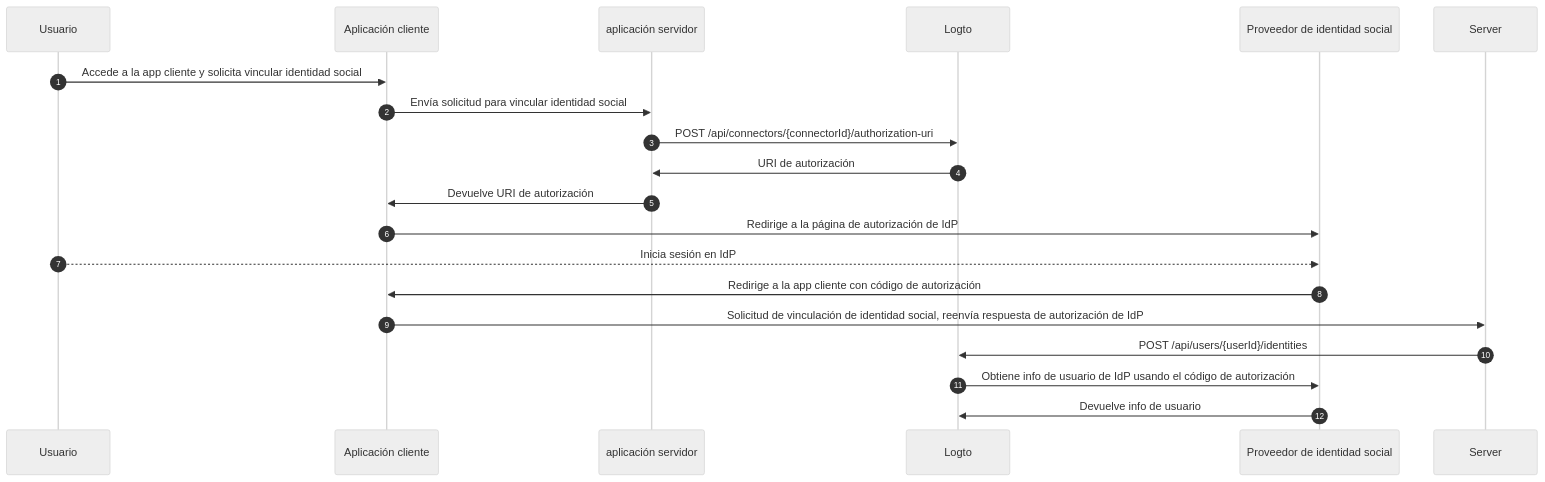
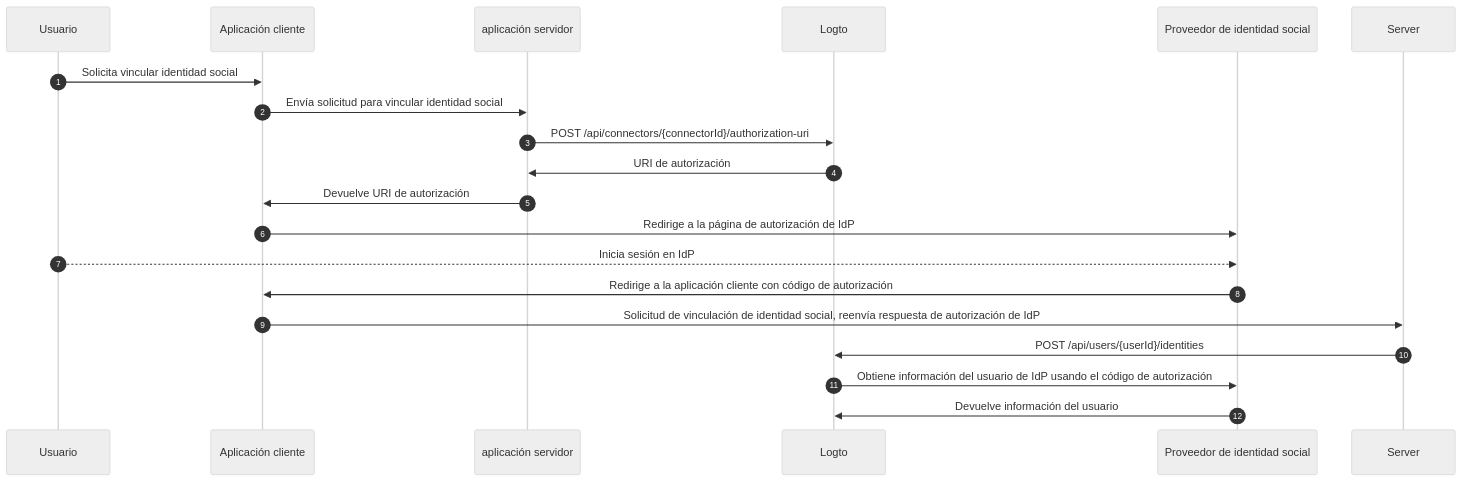
One commit to logto-io/docs changed the third of 3 diagrams in i18n/es/docusaurus-plugin-content-docs/current/end-user-flows/account-settings/by-management-api.mdx. Above: the diagram before and after it, drawn with Mermaid (neutral theme). The commit also changed other lines of this file and 74 other files, not shown here.

````diff
--- a/i18n/es/docusaurus-plugin-content-docs/current/end-user-flows/account-settings/by-management-api.mdx
+++ b/i18n/es/docusaurus-plugin-content-docs/current/end-user-flows/account-settings/by-management-api.mdx
@@ -120,22 +120,22 @@
 ```mermaid
 sequenceDiagram
     autoNumber
     participant User as Usuario
     participant Client as Aplicación cliente
     participant App as aplicación servidor
     participant Logto as Logto
     participant IdP as Proveedor de identidad social
 
-    User ->> Client: Accede a la app cliente y solicita vincular identidad social
+    User ->> Client: Solicita vincular identidad social
     Client ->> App: Envía solicitud para vincular identidad social
     App ->> Logto: POST /api/connectors/{connectorId}/authorization-uri
     Logto ->> App: URI de autorización
     App ->> Client: Devuelve URI de autorización
     Client ->> IdP: Redirige a la página de autorización de IdP
     User -->> IdP: Inicia sesión en IdP
-    IdP ->> Client: Redirige a la app cliente con código de autorización
+    IdP ->> Client: Redirige a la aplicación cliente con código de autorización
     Client ->> Server: Solicitud de vinculación de identidad social, reenvía respuesta de autorización de IdP
     Server ->> Logto: POST /api/users/{userId}/identities
-    Logto ->> IdP: Obtiene info de usuario de IdP usando el código de autorización
-    IdP ->> Logto: Devuelve info de usuario
+    Logto ->> IdP: Obtiene información del usuario de IdP usando el código de autorización
+    IdP ->> Logto: Devuelve información del usuario
 ```
````
